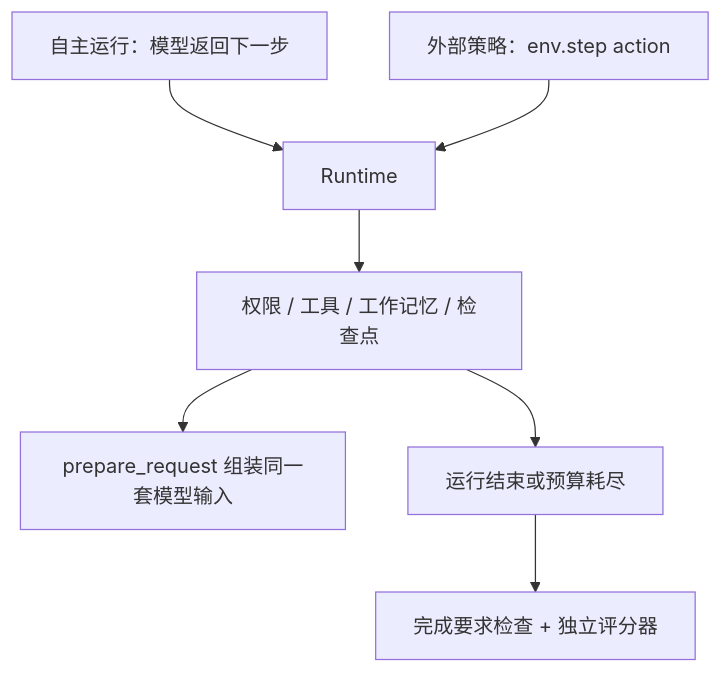
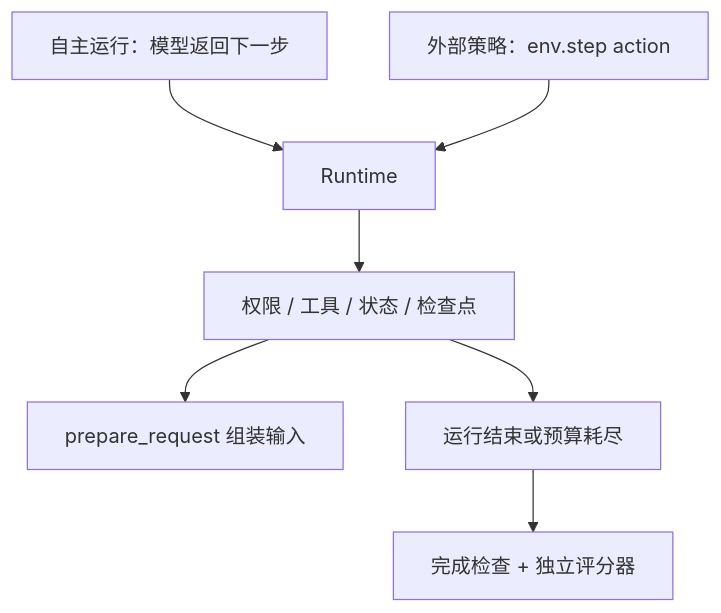
One commit to prossiblezero/Aster changed the diagram in docs/learning/15-rl-interface.md. Above: the diagram before and after it, drawn with Mermaid. The commit also changed other lines of this file and 7 other files, not shown here.

````diff
--- a/docs/learning/15-rl-interface.md
+++ b/docs/learning/15-rl-interface.md
@@ -15,9 +13,9 @@
 ```mermaid
 flowchart TD
     A[自主运行：模型返回下一步] --> R[Runtime]
     B[外部策略：env.step action] --> R
-    R --> C[权限 / 工具 / 工作记忆 / 检查点]
-    C --> D[prepare_request 组装同一套模型输入]
+    R --> C[权限 / 工具 / 状态 / 检查点]
+    C --> D[prepare_request 组装输入]
     C --> E[运行结束或预算耗尽]
-    E --> F[完成要求检查 + 独立评分器]
+    E --> F[完成检查 + 独立评分器]
 ```
````
